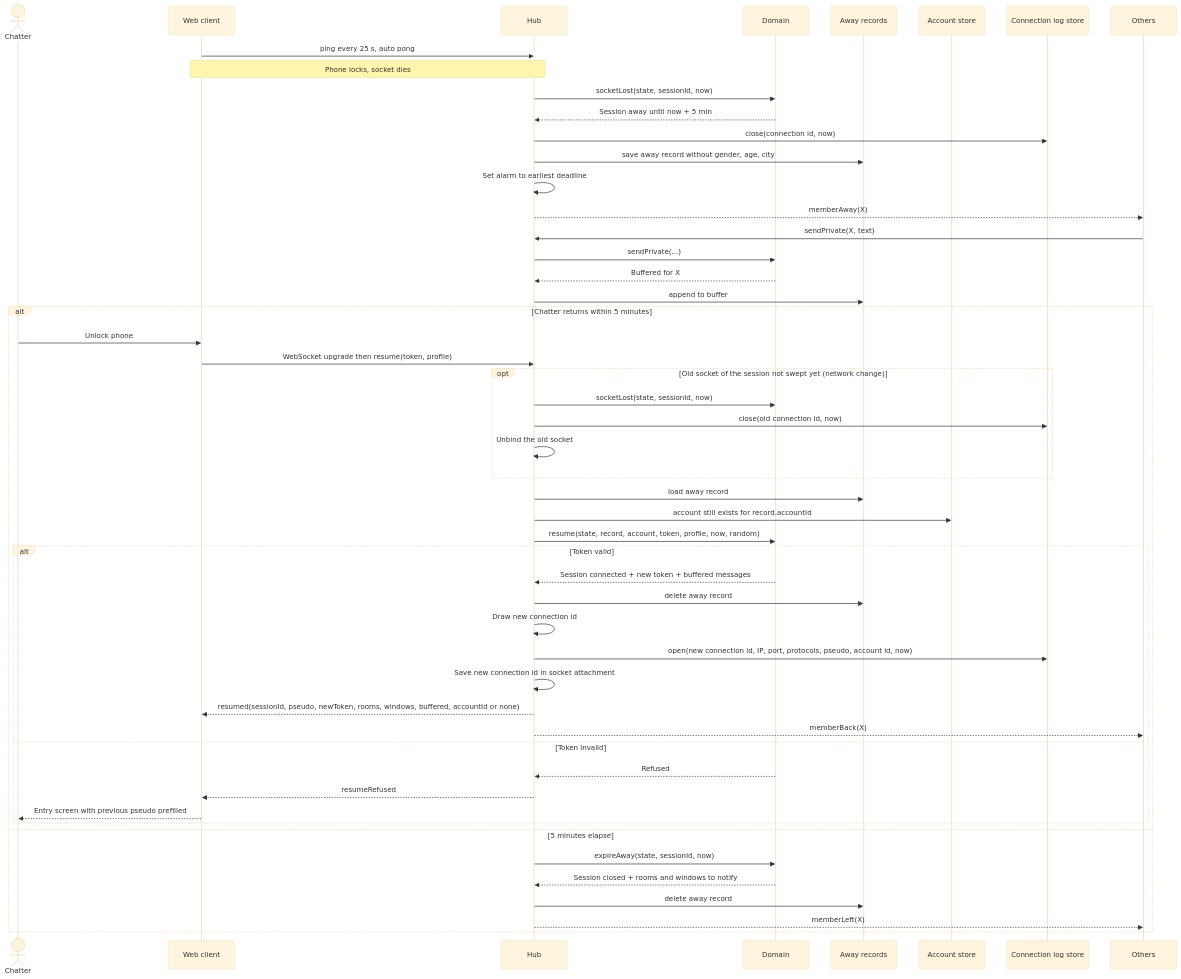
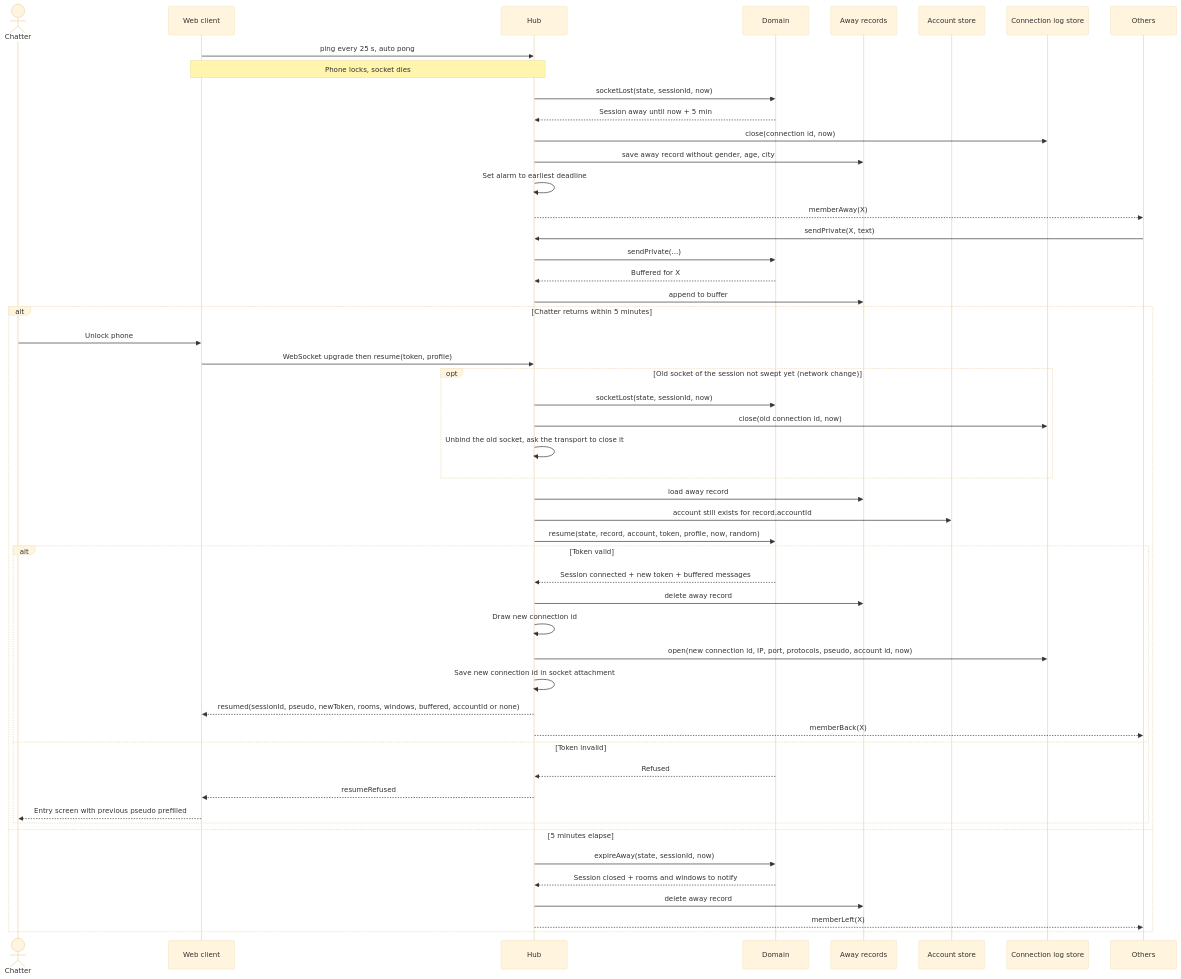
The diagram in docs/architecture/diagrams/entry/02b-sequence-resume-after-disconnect.md (benoit-bremaud/asv), drawn with Mermaid (base theme) before and after one commit. The commit also changed 11 other files, not shown here.

Commit message:
fix(transport): close the socket displaced by a resume takeover; keep entry and room name when not sent

````diff
--- a/docs/architecture/diagrams/entry/02b-sequence-resume-after-disconnect.md
+++ b/docs/architecture/diagrams/entry/02b-sequence-resume-after-disconnect.md
@@ -15,53 +15,53 @@
 ```mermaid
 sequenceDiagram
   actor C as Chatter
   participant W as Web client
   participant H as Hub
   participant D as Domain
   participant AS as Away records
   participant ACC as Account store
   participant LS as Connection log store
   participant O as Others
   W->>H: ping every 25 s, auto pong
   Note over W,H: Phone locks, socket dies
   H->>D: socketLost(state, sessionId, now)
   D-->>H: Session away until now + 5 min
   H->>LS: close(connection id, now)
   H->>AS: save away record without gender, age, city
   H->>H: Set alarm to earliest deadline
   H-->>O: memberAway(X)
   O->>H: sendPrivate(X, text)
   H->>D: sendPrivate(...)
   D-->>H: Buffered for X
   H->>AS: append to buffer
   alt Chatter returns within 5 minutes
     C->>W: Unlock phone
     W->>H: WebSocket upgrade then resume(token, profile)
     opt Old socket of the session not swept yet (network change)
       H->>D: socketLost(state, sessionId, now)
       H->>LS: close(old connection id, now)
-      H->>H: Unbind the old socket
+      H->>H: Unbind the old socket, ask the transport to close it
     end
     H->>AS: load away record
     H->>ACC: account still exists for record.accountId
     H->>D: resume(state, record, account, token, profile, now, random)
     alt Token valid
       D-->>H: Session connected + new token + buffered messages
       H->>AS: delete away record
       H->>H: Draw new connection id
       H->>LS: open(new connection id, IP, port, protocols, pseudo, account id, now)
       H->>H: Save new connection id in socket attachment
       H-->>W: resumed(sessionId, pseudo, newToken, rooms, windows, buffered, accountId or none)
       H-->>O: memberBack(X)
     else Token invalid
       D-->>H: Refused
       H-->>W: resumeRefused
       W-->>C: Entry screen with previous pseudo prefilled
     end
   else 5 minutes elapse
     H->>D: expireAway(state, sessionId, now)
     D-->>H: Session closed + rooms and windows to notify
     H->>AS: delete away record
     H-->>O: memberLeft(X)
   end
 ```
````
